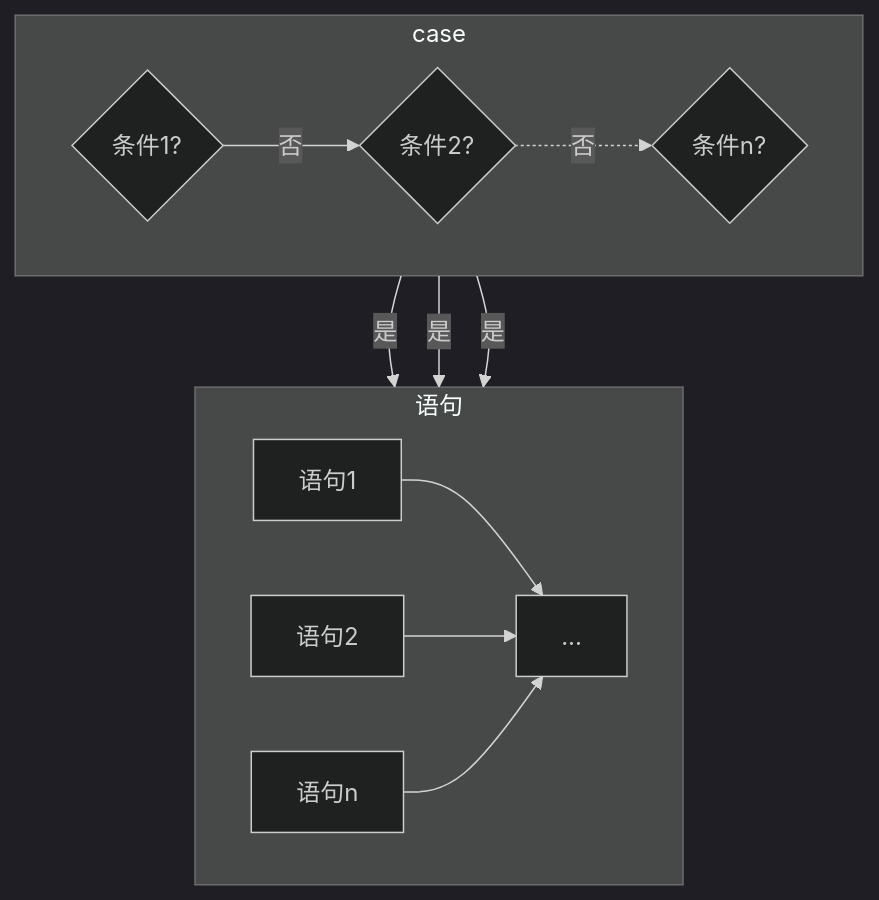
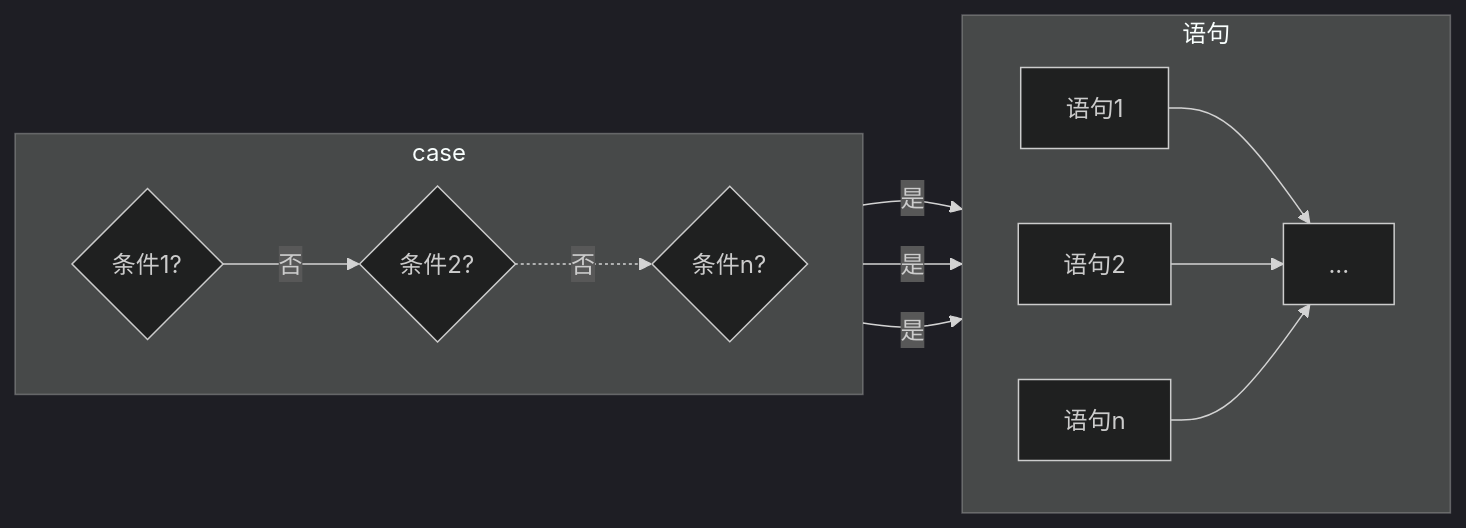
One commit to wholon/wholon.github.io changed the third of 4 diagrams in article/cs/lang/JavaScript/_posts/2022-04-11-JavaScript条件语句.md. Above: the diagram before and after it, drawn with Mermaid (dark theme). The commit also changed other lines of this file and 1 other file, not shown here.

````diff
--- a/article/cs/lang/JavaScript/_posts/2022-04-11-JavaScript条件语句.md
+++ b/article/cs/lang/JavaScript/_posts/2022-04-11-JavaScript条件语句.md
@@ -190,25 +190,21 @@
 ```mermaid
-graph TB
+flowchart LR
 	subgraph case
 		direction LR
-        A{条件1?}
-        B{条件2?}
-        C{条件n?}
-        A--否-->B
-		B-.否.->C
+        A{条件1?}--否-->B{条件2?}-.否.->C{条件n?}
 	end
 	subgraph 语句
 		direction LR
         A1[语句1]
         B1[语句2]
         C1[语句n]
         D[...]
 	end
 	
 	A--是-->A1
 	B--是-->B1
 	C--是-->C1
 	A1-->D
 	B1-->D
 	C1-->D
 ```
````
